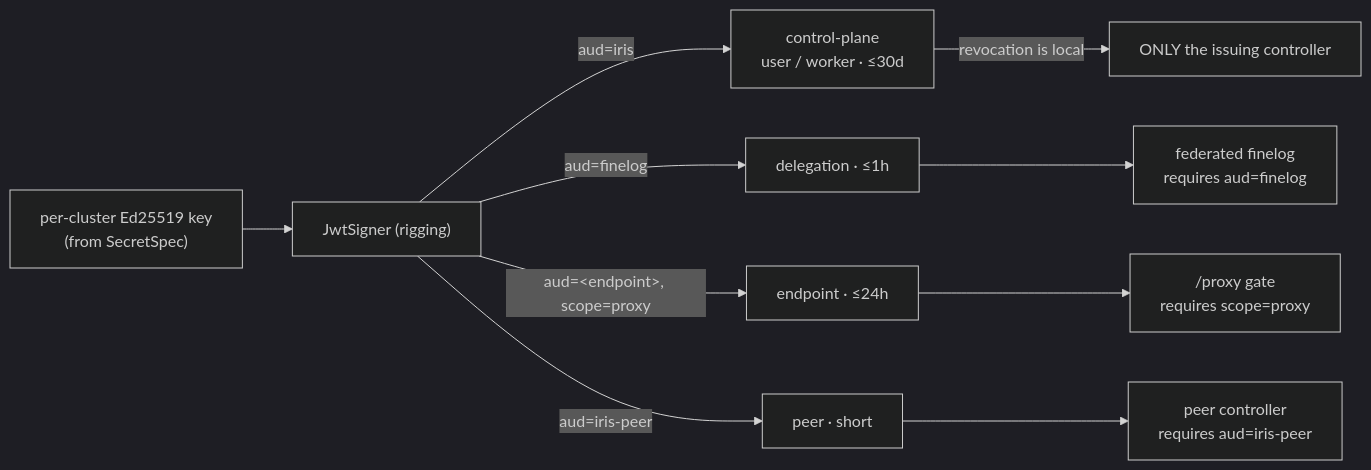
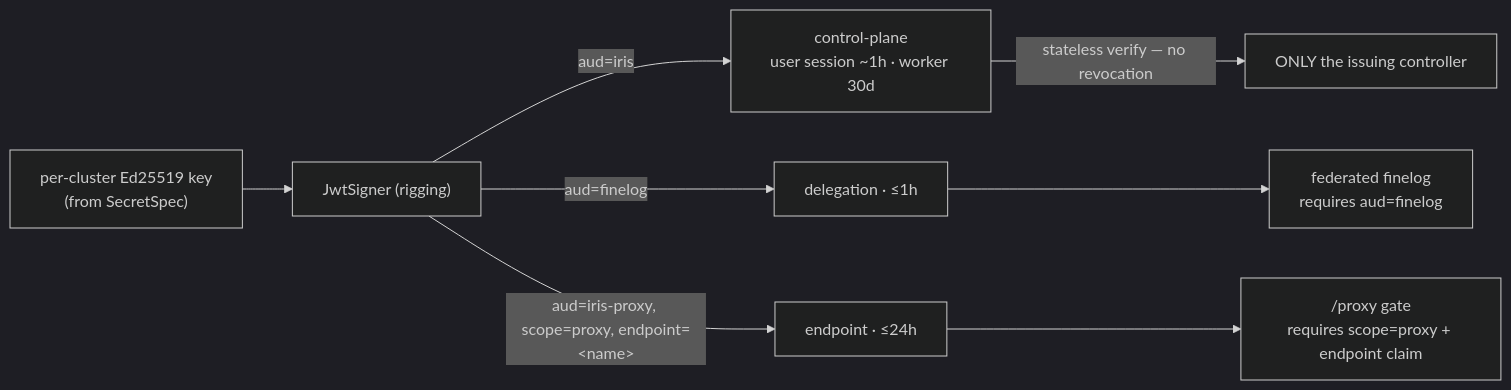
Before and after one commit to marin-community/marin: the second of 5 diagrams in .agents/projects/unified_server_auth/design.md, drawn with Mermaid (dark theme). The commit also changed other lines of this file and 4 other files, not shown here.

````diff
--- a/.agents/projects/unified_server_auth/design.md
+++ b/.agents/projects/unified_server_auth/design.md
@@ -103,12 +121,10 @@
 ```mermaid
 graph LR
     K["per-cluster Ed25519 key<br/>(from SecretSpec)"] --> S["JwtSigner (rigging)"]
-    S -->|"aud=iris"| T1["control-plane<br/>user / worker · ≤30d"]
+    S -->|"aud=iris"| T1["control-plane<br/>user session ~1h · worker 30d"]
     S -->|"aud=finelog"| T2["delegation · ≤1h"]
-    S -->|"aud=&lt;endpoint&gt;, scope=proxy"| T3["endpoint · ≤24h"]
-    S -->|"aud=iris-peer"| T4["peer · short"]
-    T1 -->|"revocation is local"| V1["ONLY the issuing controller"]
+    S -->|"aud=iris-proxy, scope=proxy, endpoint=&lt;name&gt;"| T3["endpoint · ≤24h"]
+    T1 -->|"stateless verify — no revocation"| V1["ONLY the issuing controller"]
     T2 --> V2["federated finelog<br/>requires aud=finelog"]
-    T3 --> V3["/proxy gate<br/>requires scope=proxy"]
-    T4 --> V4["peer controller<br/>requires aud=iris-peer"]
+    T3 --> V3["/proxy gate<br/>requires scope=proxy + endpoint claim"]
 ```
````
